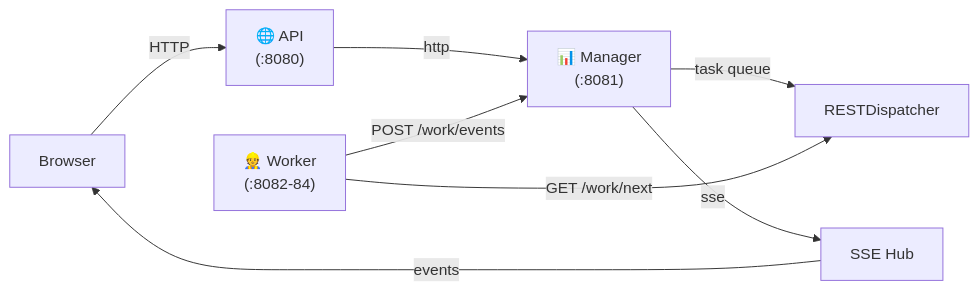
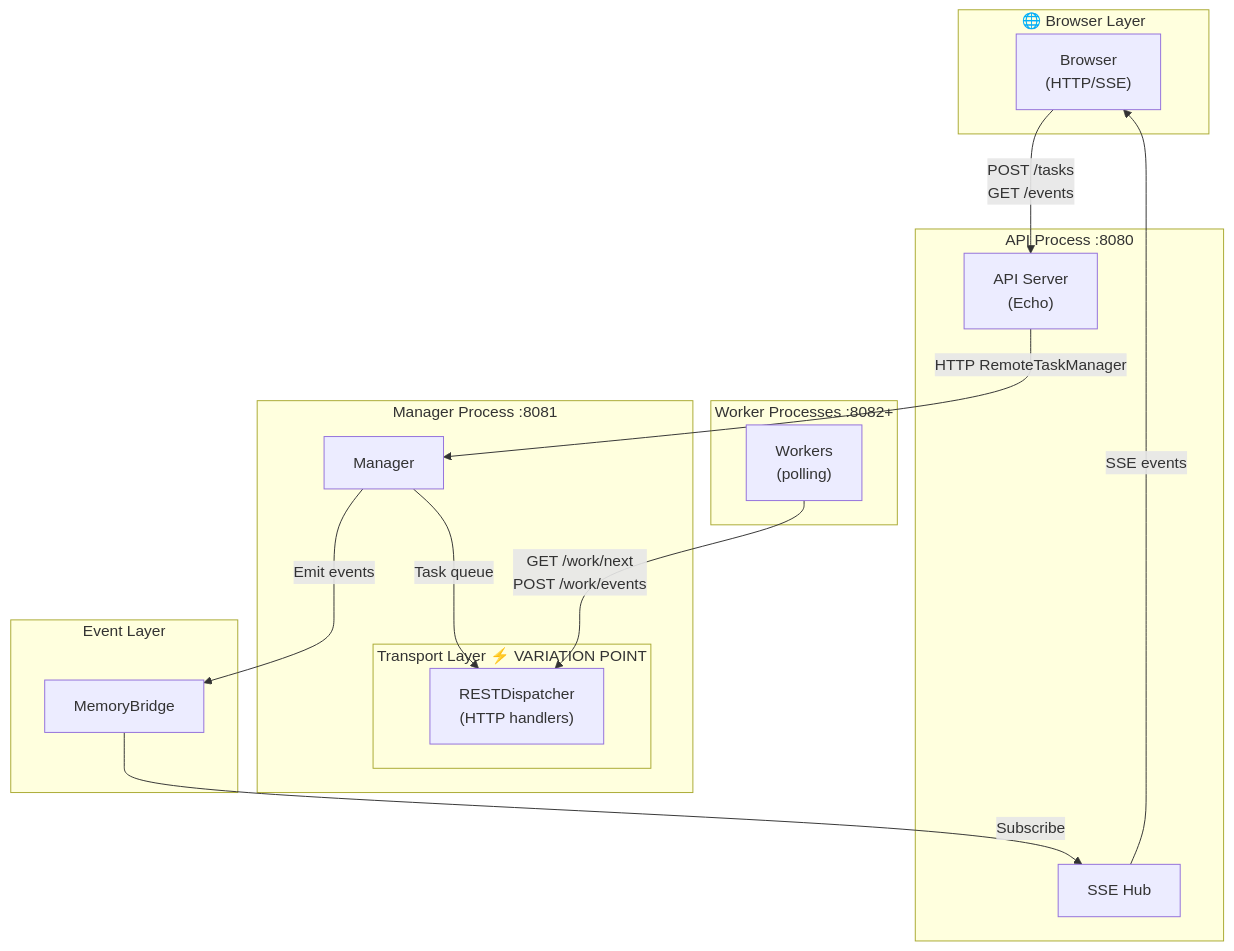
The second of 7 diagrams in README.md (deyarchit/work-distribution-patterns), drawn with Mermaid before and after one commit. The commit also changed other lines of this file, not shown here.

First line of the commit message:
Refactor diagrams with layered architecture

````diff
--- a/README.md
+++ b/README.md
@@ -43,10 +71,34 @@
 ```mermaid
-graph LR
-    Browser -->|HTTP| API["🌐 API<br/>(:8080)"]
-    API -->|http| Manager["📊 Manager<br/>(:8081)"]
-    Manager -->|task queue| RD["RESTDispatcher"]
-    Worker["👷 Worker<br/>(:8082-84)"] -->|GET /work/next| RD
-    Worker -->|POST /work/events| Manager
-    Manager -->|sse| Hub["SSE Hub"]
-    Hub -->|events| Browser
+graph TB
+    subgraph L1["🌐 Browser Layer"]
+        Browser["Browser<br/>(HTTP/SSE)"]
+    end
+
+    subgraph L2["API Process :8080"]
+        API["API Server<br/>(Echo)"]
+        SSEHub["SSE Hub"]
+    end
+
+    subgraph L3["Manager Process :8081"]
+        Manager["Manager"]
+        subgraph L3a["Transport Layer ⚡ VARIATION POINT"]
+            RD["RESTDispatcher<br/>(HTTP handlers)"]
+        end
+    end
+
+    subgraph L4["Worker Processes :8082+"]
+        Workers["Workers<br/>(polling)"]
+    end
+
+    subgraph L5["Event Layer"]
+        EventBridge["MemoryBridge"]
+    end
+
+    Browser -->|POST /tasks<br/>GET /events| API
+    API -->|HTTP RemoteTaskManager| Manager
+    Manager -->|Task queue| RD
+    Workers -->|GET /work/next<br/>POST /work/events| RD
+    Manager -->|Emit events| EventBridge
+    EventBridge -->|Subscribe| SSEHub
+    SSEHub -->|SSE events| Browser
 ```
````
